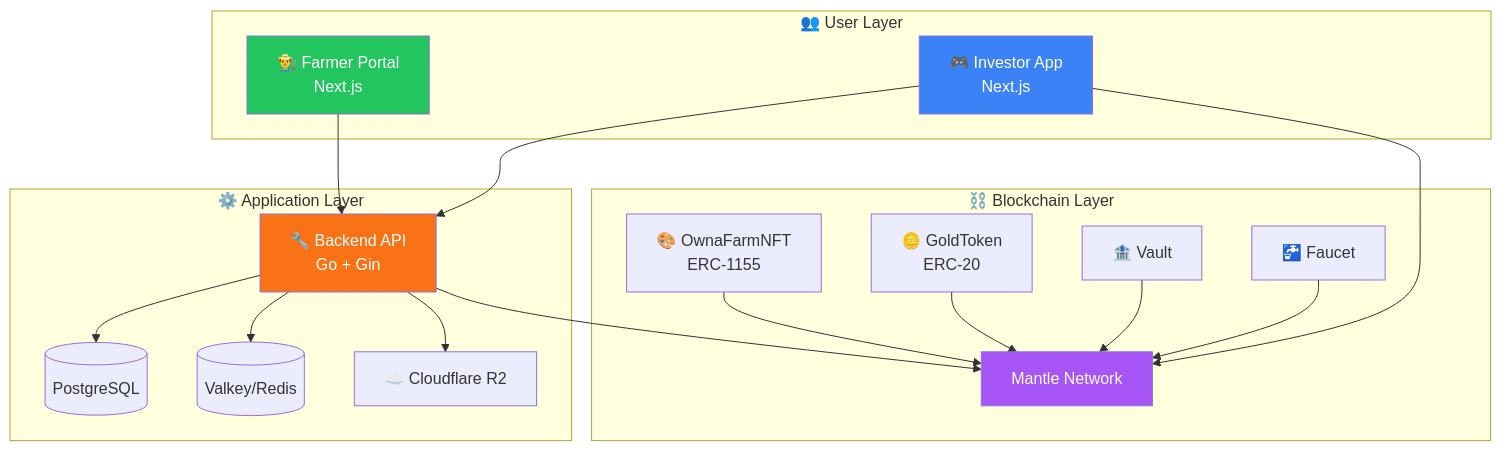
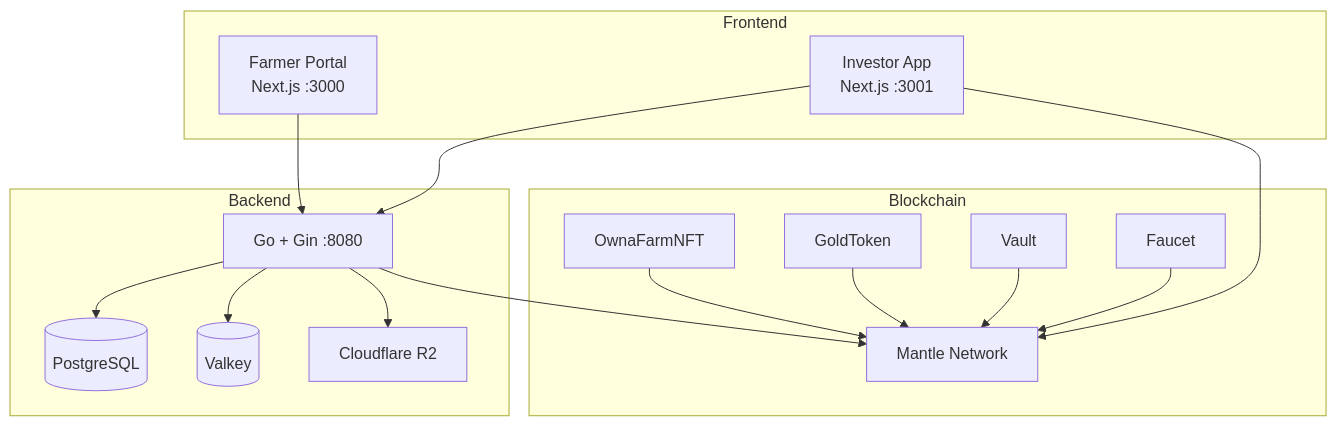
The diagram in gitbook/overview/architecture.md (OwnaFarm/docs), drawn with Mermaid before and after one commit. The commit also changed other lines of this file and 17 other files, not shown here.

````diff
--- a/gitbook/overview/architecture.md
+++ b/gitbook/overview/architecture.md
@@ -7,41 +7,36 @@
 ```mermaid
 graph TB
-    subgraph "👥 User Layer"
-        F[👨‍🌾 Farmer Portal<br/>Next.js]
-        I[🎮 Investor App<br/>Next.js]
+    subgraph Frontend
+        FP[Farmer Portal<br/>Next.js :3000]
+        IA[Investor App<br/>Next.js :3001]
     end
 
-    subgraph "⚙️ Application Layer"
-        BE[🔧 Backend API<br/>Go + Gin]
+    subgraph Backend
+        API[Go + Gin :8080]
         DB[(PostgreSQL)]
-        CACHE[(Valkey/Redis)]
-        S3[☁️ Cloudflare R2]
+        CACHE[(Valkey)]
+        S3[Cloudflare R2]
     end
 
-    subgraph "⛓️ Blockchain Layer"
-        NFT[🎨 OwnaFarmNFT<br/>ERC-1155]
-        GOLD[🪙 GoldToken<br/>ERC-20]
-        VAULT[🏦 Vault]
-        FAUCET[🚰 Faucet]
-        MANTLE[Mantle Network]
+    subgraph Blockchain
+        NFT[OwnaFarmNFT]
+        GOLD[GoldToken]
+        VAULT[Vault]
+        FAUCET[Faucet]
+        MNT[Mantle Network]
     end
 
-    F --> BE
-    I --> BE
-    I --> MANTLE
+    FP --> API
+    IA --> API
+    IA --> MNT
 
-    BE --> DB
-    BE --> CACHE
-    BE --> S3
-    BE --> MANTLE
+    API --> DB
+    API --> CACHE
+    API --> S3
+    API --> MNT
 
-    NFT --> MANTLE
-    GOLD --> MANTLE
-    VAULT --> MANTLE
-    FAUCET --> MANTLE
-
-    style F fill:#22c55e,color:#fff
-    style I fill:#3b82f6,color:#fff
-    style BE fill:#f97316,color:#fff
-    style MANTLE fill:#a855f7,color:#fff
+    NFT --> MNT
+    GOLD --> MNT
+    VAULT --> MNT
+    FAUCET --> MNT
 ```
````
